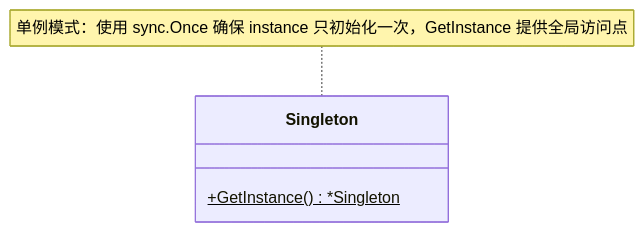
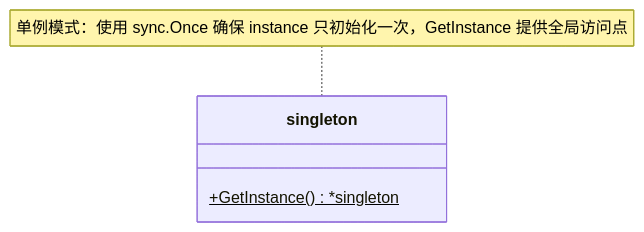
The diagram in src/docs/zh/后端/01-Golang/03-Golang设计模式/02-单例模式.md (magicgopher/magicgopher-blog), drawn with Mermaid before and after one commit. The commit also changed other lines of this file and 3 other files, not shown here.

````diff
--- a/src/docs/zh/后端/01-Golang/03-Golang设计模式/02-单例模式.md
+++ b/src/docs/zh/后端/01-Golang/03-Golang设计模式/02-单例模式.md
@@ -29,7 +29,7 @@
 ```mermaid
 classDiagram
-    class Singleton {
-        +GetInstance() *Singleton$
+    class singleton {
+        +GetInstance() *singleton$
     }
-    note for Singleton "单例模式：使用 sync.Once 确保 instance 只初始化一次，GetInstance 提供全局访问点"
+    note for singleton "单例模式：使用 sync.Once 确保 instance 只初始化一次，GetInstance 提供全局访问点"
 ```
````
